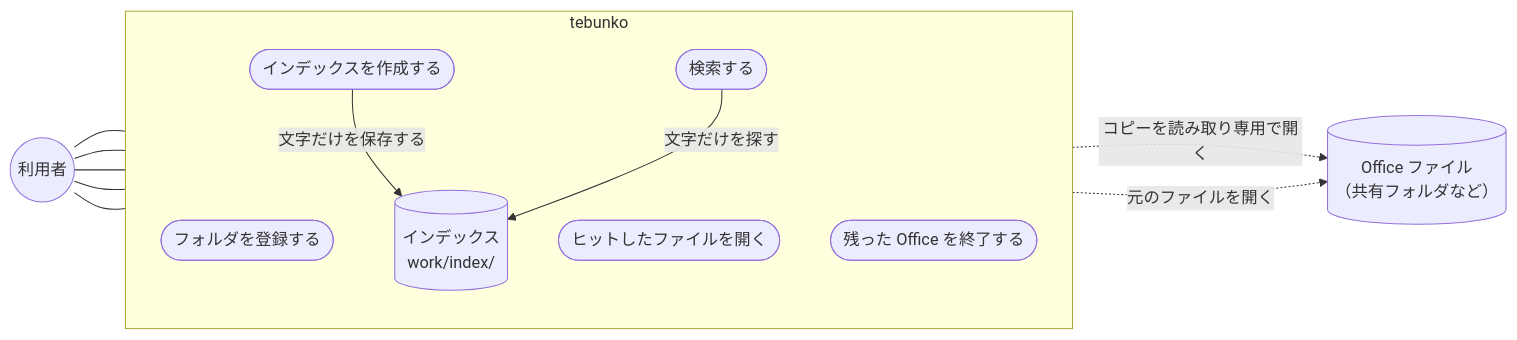
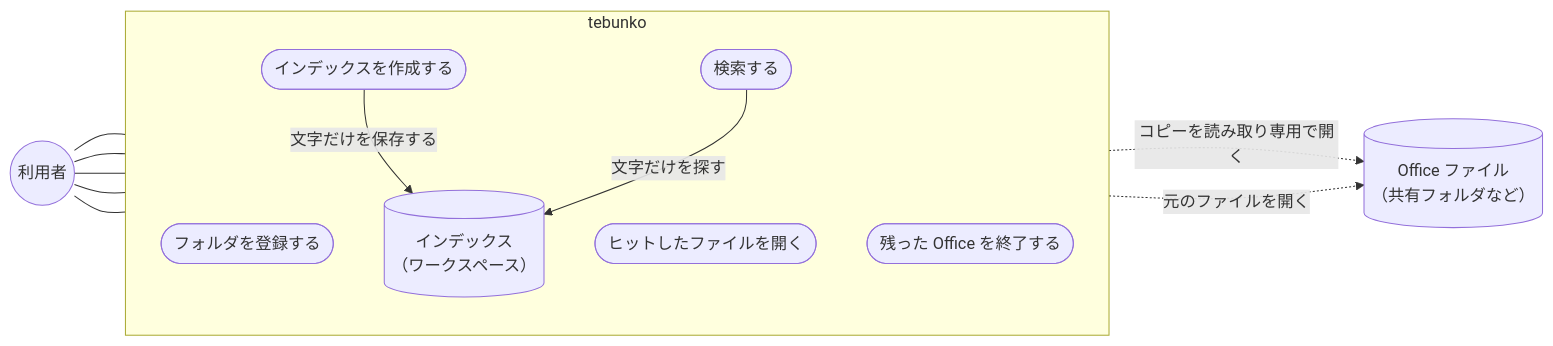
Before and after one commit to hsgwa/tebunko: the diagram in README.md, drawn with Mermaid. The commit also changed other lines of this file and 31 other files, not shown here.

````diff
--- a/README.md
+++ b/README.md
@@ -183,24 +183,24 @@
 ```mermaid
 flowchart LR
     U(("利用者"))
     subgraph T["tebunko"]
         direction TB
         UC1(["フォルダを登録する"])
         UC2(["インデックスを作成する"])
         UC3(["検索する"])
         UC4(["ヒットしたファイルを開く"])
         UC5(["残った Office を終了する"])
-        I[("インデックス<br>work/index/")]
+        I[("インデックス<br>（ワークスペース）")]
     end
     F[("Office ファイル<br>（共有フォルダなど）")]
 
     U --- UC1
     U --- UC2
     U --- UC3
     U --- UC4
     U --- UC5
     UC2 -. "コピーを読み取り専用で開く" .-> F
     UC2 -- "文字だけを保存する" --> I
     UC3 -- "文字だけを探す" --> I
     UC4 -. "元のファイルを開く" .-> F
 ```
````
